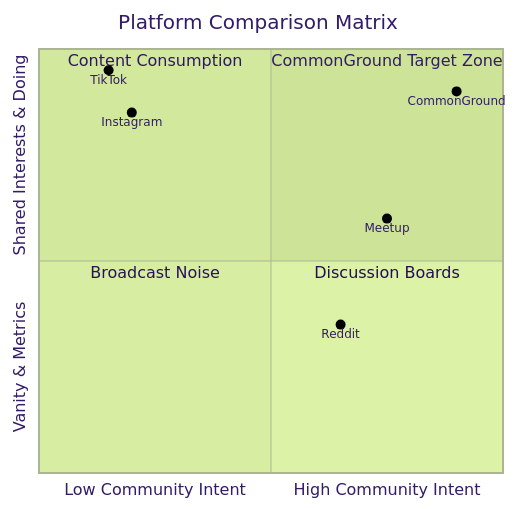
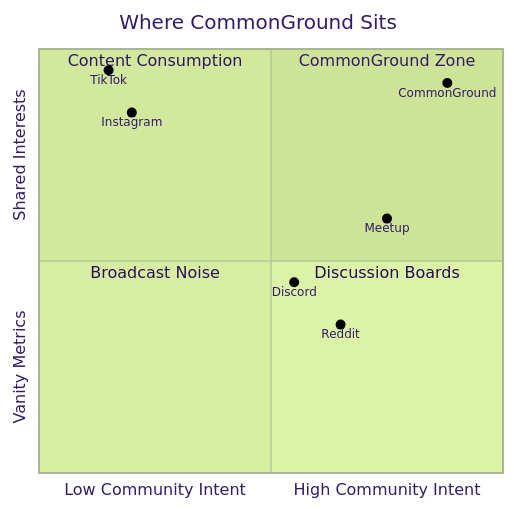
One commit to KhushiBagga20/Common-Ground changed the fourth of 4 diagrams in README.md. Above: the diagram before and after it, drawn with Mermaid (forest theme). The commit also changed other lines of this file and 3 other files, not shown here.

````diff
--- a/README.md
+++ b/README.md
@@ -215,15 +343,16 @@
 ```mermaid
 quadrantChart
-    title Platform Comparison Matrix
-    x-axis Low Community Intent --> High Community Intent
-    y-axis Vanity & Metrics --> Shared Interests & Doing
-    quadrant-1 CommonGround Target Zone
-    quadrant-2 Content Consumption
-    quadrant-3 Broadcast Noise
-    quadrant-4 Discussion Boards
+    title Where CommonGround Sits
+    x-axis "Low Community Intent" --> "High Community Intent"
+    y-axis "Vanity Metrics" --> "Shared Interests"
+    quadrant-1 "CommonGround Zone"
+    quadrant-2 "Content Consumption"
+    quadrant-3 "Broadcast Noise"
+    quadrant-4 "Discussion Boards"
     "Instagram": [0.2, 0.85]
     "TikTok": [0.15, 0.95]
     "Reddit": [0.65, 0.35]
+    "Discord": [0.55, 0.45]
     "Meetup": [0.75, 0.6]
-    "CommonGround": [0.9, 0.9]
+    "CommonGround": [0.88, 0.92]
 ```
````
